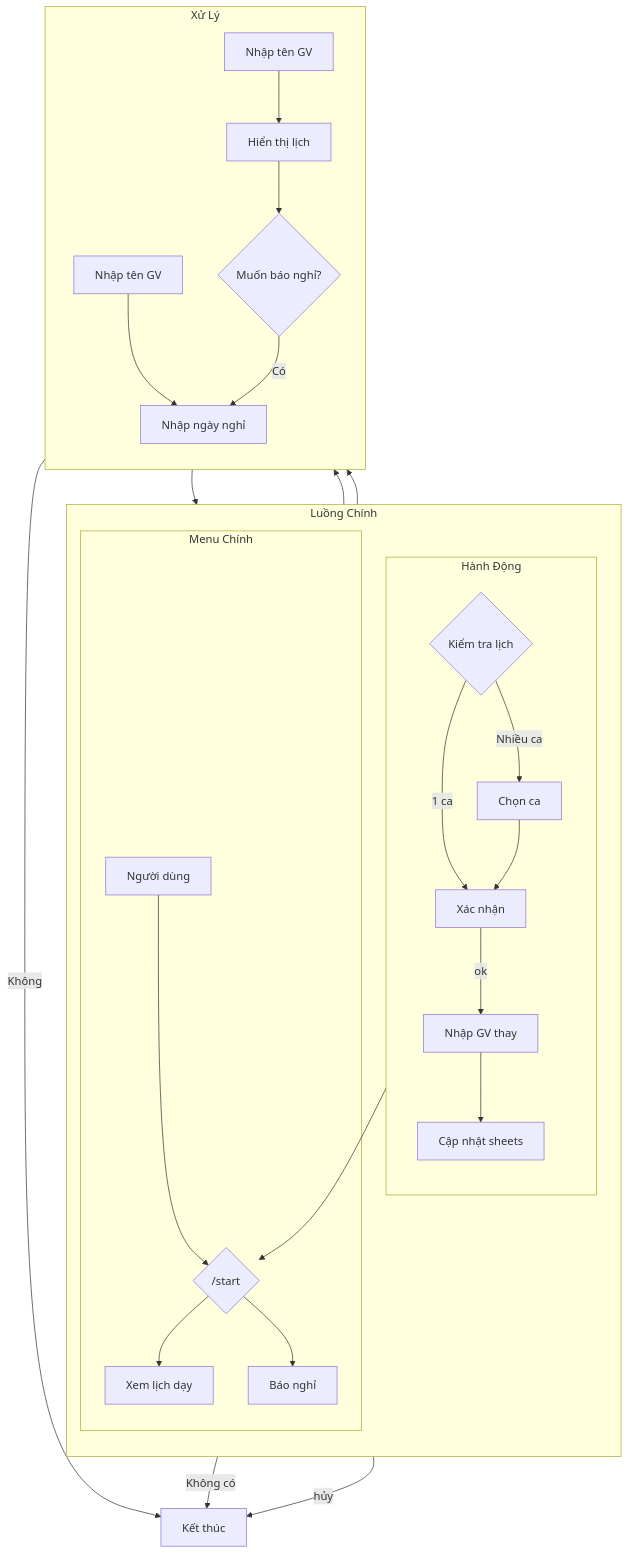
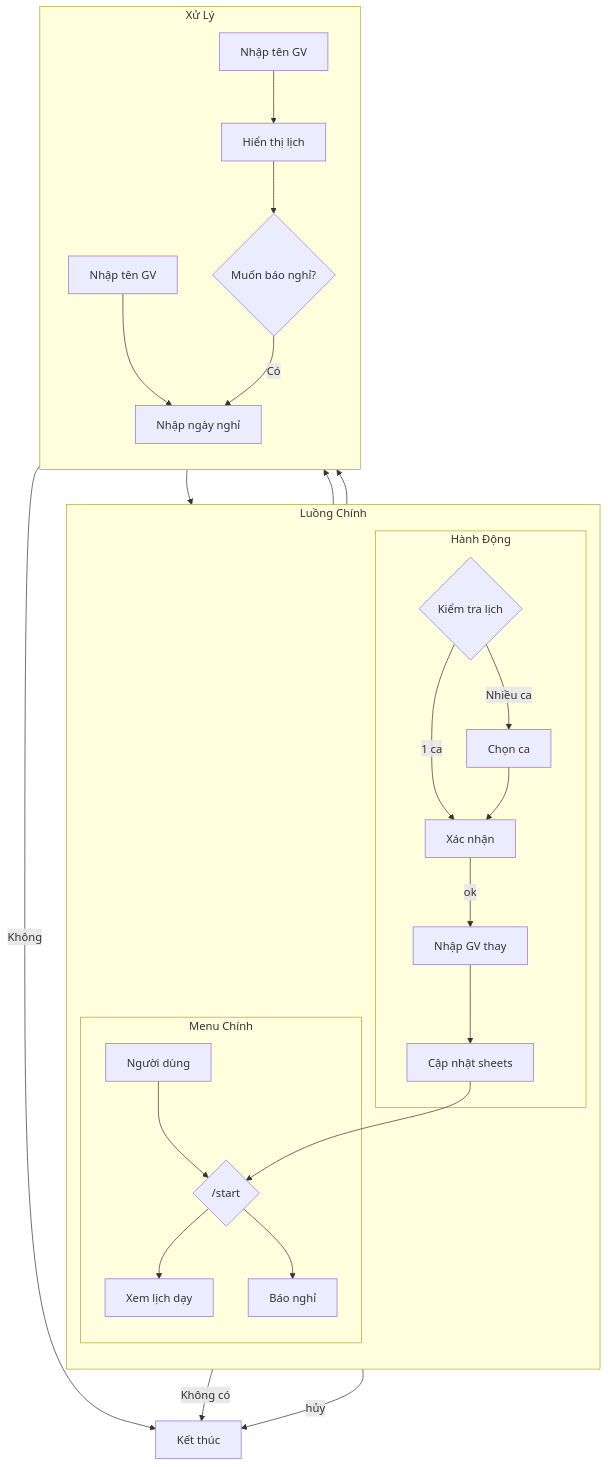
Before and after one commit to let-shyn-cook/TeacherBot-Assistant: the diagram in readme.md, drawn with Mermaid.

````diff
--- a/readme.md
+++ b/readme.md
@@ -117,35 +117,27 @@
 ```mermaid
 flowchart TB
     subgraph Left["Luồng Chính"]
         direction TB
         subgraph Menu["Menu Chính"]
             A[Người dùng] --> B{/start}
             B --> C[Xem lịch dạy]
             B --> D[Báo nghỉ]
         end
         subgraph Actions["Hành Động"]
-            direction TB
             G --> |1 ca| H[Xác nhận]
-            G --> |Nhiều ca| I[Chọn ca]
-            I --> H
-            H --> |ok| J[Nhập GV thay]
-            J --> K[Cập nhật sheets]
-            K --> B
+            G --> |Nhiều ca| I[Chọn ca] --> H
+            H --> |ok| J[Nhập GV thay] --> K[Cập nhật sheets] --> B
         end
     end
 
     subgraph Process["Xử Lý"]
         direction TB
-        C --> C1[Nhập tên GV]
-        D --> E[Nhập tên GV]
-        C1 --> C2[Hiển thị lịch]
-        E --> F[Nhập ngày nghỉ]
-        C2 --> C3{Muốn báo nghỉ?}
-        F --> G{Kiểm tra lịch}
+        C --> C1[Nhập tên GV] --> C2[Hiển thị lịch] --> C3{Muốn báo nghỉ?}
+        D --> E[Nhập tên GV] --> F[Nhập ngày nghỉ] --> G{Kiểm tra lịch}
     end
 
     C3 --> |Có| F
     C3 --> |Không| Z[Kết thúc]
     G --> |Không có| Z
     H --> |hủy| Z
 ```
````
